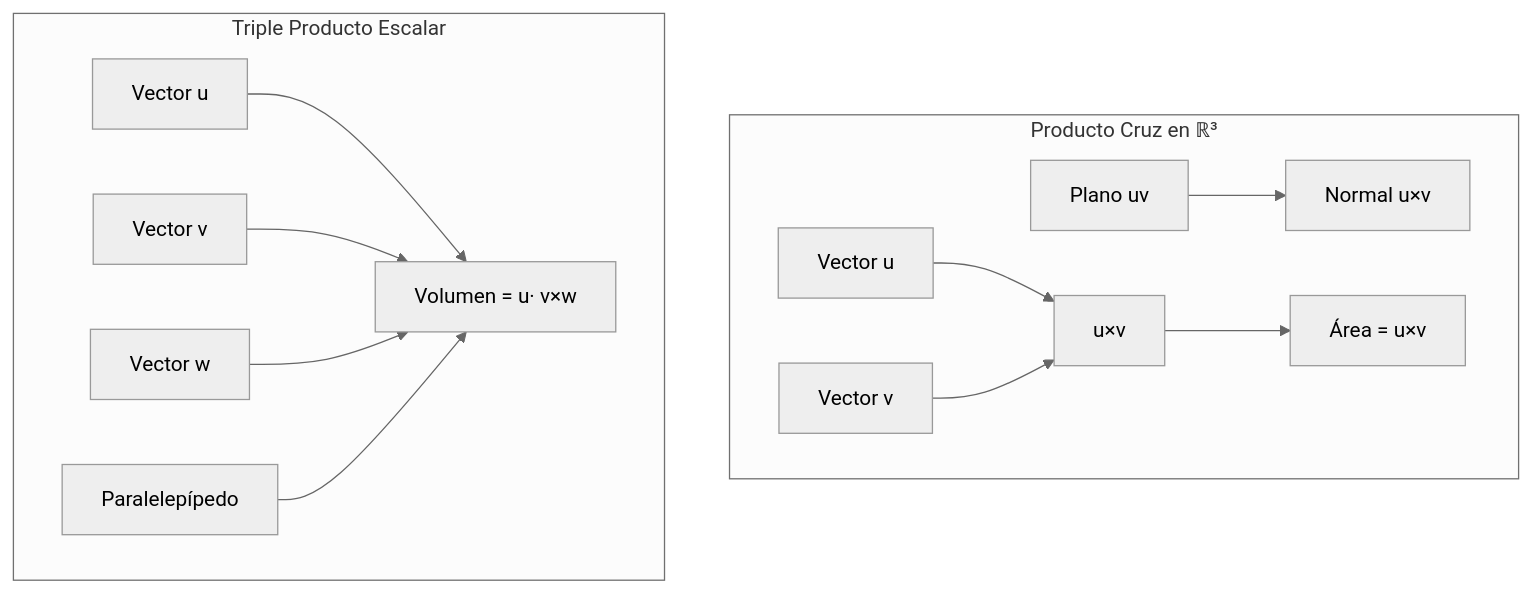
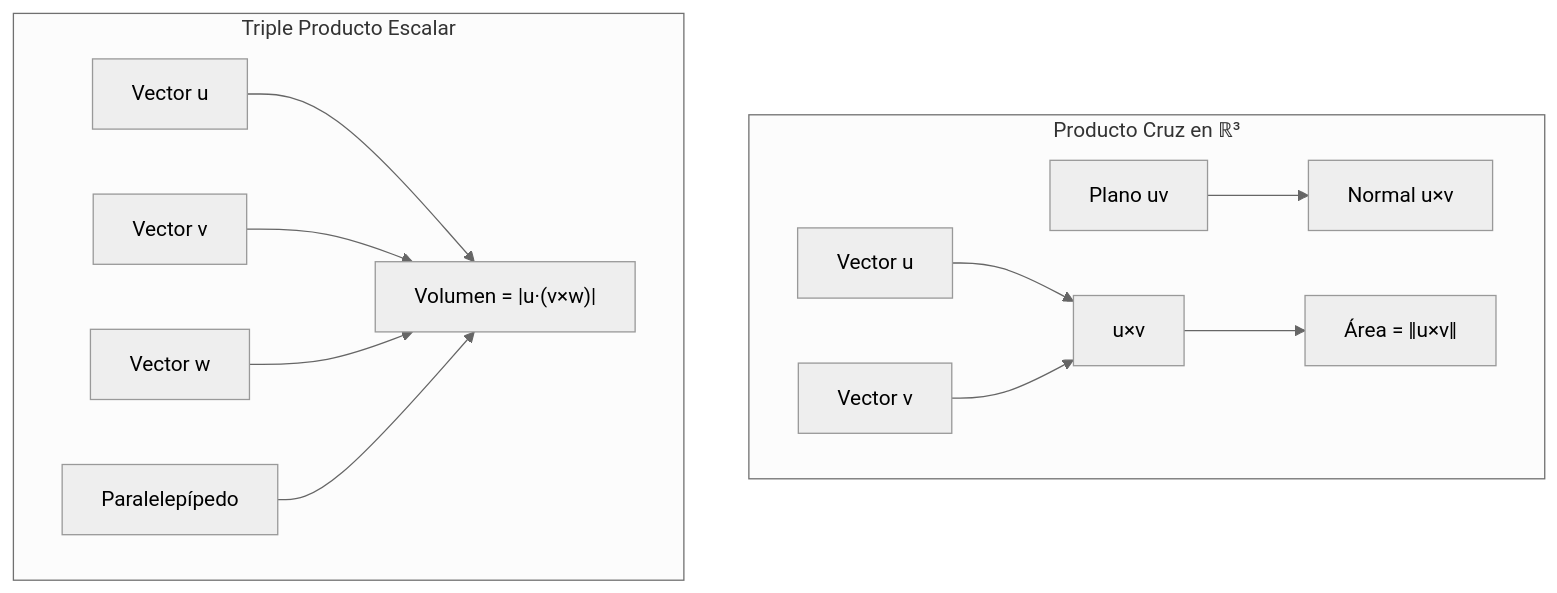
One commit to djaimej/computer-science-template changed the third of 3 diagrams in public/documents/semester-2/4/2413.md. Above: the diagram before and after it, drawn with Mermaid (neutral theme). The commit also changed other lines of this file and 20 other files, not shown here.

````diff
--- a/public/documents/semester-2/4/2413.md
+++ b/public/documents/semester-2/4/2413.md
@@ -178,19 +178,19 @@
 ```mermaid
 graph TD
     subgraph "Producto Cruz en ℝ³"
         A[Vector u] --> B[u×v]
         C[Vector v] --> B
         D[Plano uv] --> E[Normal u×v]
-        B --> F[Área = u×v]
+        B --> F["Área = ‖u×v‖"]
     end
 
     subgraph "Triple Producto Escalar"
-        G[Vector u] --> H[Volumen = u· v×w ]
+        G[Vector u] --> H["Volumen = |u·(v×w)|"]
         I[Vector v] --> H
         J[Vector w] --> H
         K[Paralelepípedo] --> H
     end
 
     B:::purple
     H:::pink
 ```
````
